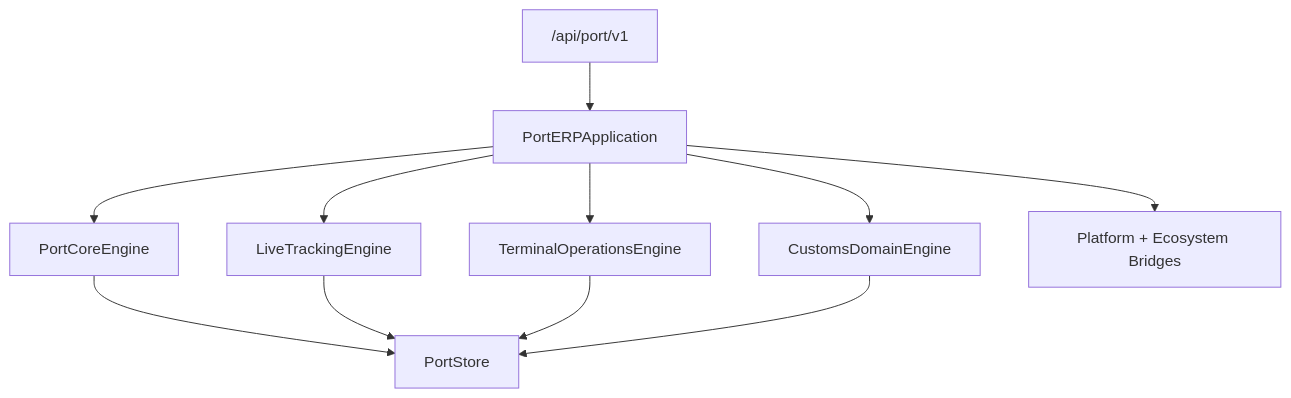
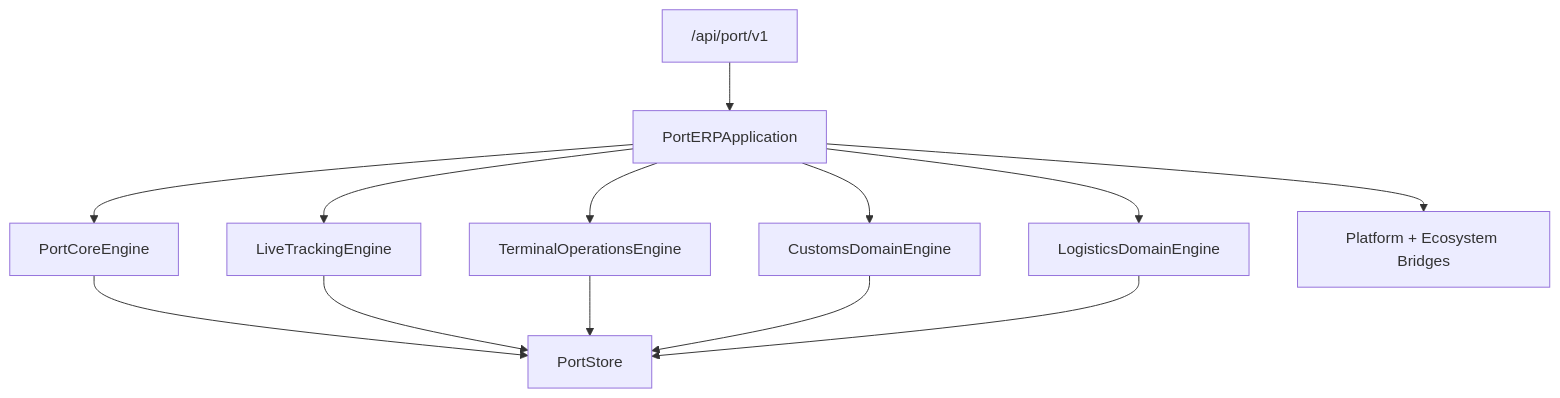
The diagram in docs/PORT_ERP.md (okeysiri11/telegram-ai-crm-bot), drawn with Mermaid before and after one commit. The commit also changed other lines of this file and 37 other files, not shown here.

````diff
--- a/docs/PORT_ERP.md
+++ b/docs/PORT_ERP.md
@@ -20,22 +21,25 @@
 ```mermaid
 flowchart TB
     API["/api/port/v1"]
     App[PortERPApplication]
     Core[PortCoreEngine]
     Track[LiveTrackingEngine]
     Terminal[TerminalOperationsEngine]
     Customs[CustomsDomainEngine]
+    Logistics[LogisticsDomainEngine]
     Bridges[Platform + Ecosystem Bridges]
     Store[PortStore]
 
     API --> App
     App --> Core
     App --> Track
     App --> Terminal
     App --> Customs
+    App --> Logistics
     Core --> Store
     Track --> Store
     Terminal --> Store
     Customs --> Store
+    Logistics --> Store
     App --> Bridges
 ```
````
